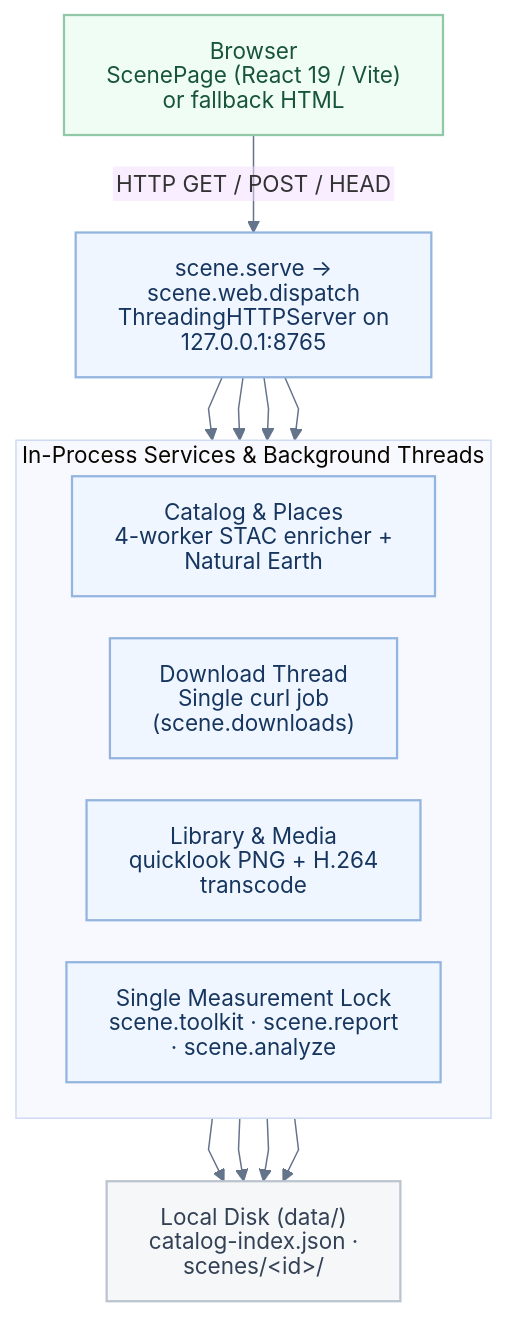
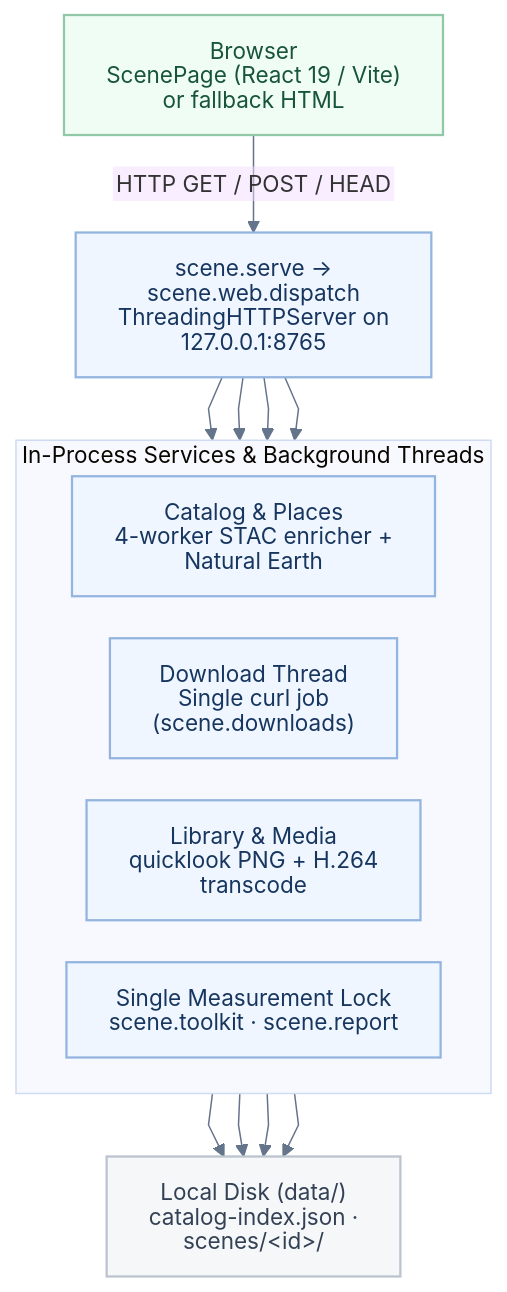
The diagram in README.md (pedrogritter/sar-tooling-demo), drawn with Mermaid before and after one commit. The commit also changed other lines of this file and 36 other files, not shown here.

````diff
--- a/README.md
+++ b/README.md
@@ -388,33 +387,33 @@
 ```mermaid
 %%{init: {'htmlLabels': false, 'theme': 'base', 'themeVariables': {'fontFamily': 'Arial, sans-serif', 'fontSize': '15px', 'lineColor': '#64748b'}, 'flowchart': {'htmlLabels': false, 'curve': 'linear', 'nodeSpacing': 28, 'rankSpacing': 42, 'padding': 14}}}%%
 flowchart TD
   BROWSER["Browser<br/>ScenePage (React 19 / Vite) or fallback HTML"]
   SERVER["scene.serve → scene.web.dispatch<br/>ThreadingHTTPServer on 127.0.0.1:8765"]
 
   subgraph WORKERS["In-Process Services &amp; Background Threads"]
     direction LR
     CAT["Catalog &amp; Places<br/>4-worker STAC enricher + Natural Earth"]
     DL["Download Thread<br/>Single curl job (scene.downloads)"]
     LIB["Library &amp; Media<br/>quicklook PNG + H.264 transcode"]
-    JOB["Single Measurement Lock<br/>scene.toolkit · scene.report · scene.analyze"]
+    JOB["Single Measurement Lock<br/>scene.toolkit · scene.report"]
   end
 
   DISK["Local Disk (data/)<br/>catalog-index.json · scenes/&lt;id&gt;/"]
 
   BROWSER -->|"HTTP GET / POST / HEAD"| SERVER
   SERVER --> CAT
   SERVER --> DL
   SERVER --> LIB
   SERVER --> JOB
   CAT --> DISK
   DL --> DISK
   LIB --> DISK
   JOB --> DISK
 
   classDef ui fill:#f0fdf4,color:#17543a,stroke:#91c8a7,stroke-width:1.5px
   classDef core fill:#eff6ff,color:#17365f,stroke:#93b4df,stroke-width:1.5px
   classDef store fill:#f6f7f9,color:#334155,stroke:#bac3ce,stroke-width:1.5px
   class BROWSER ui
   class SERVER,CAT,DL,LIB,JOB core
   class DISK store
 ```
````
